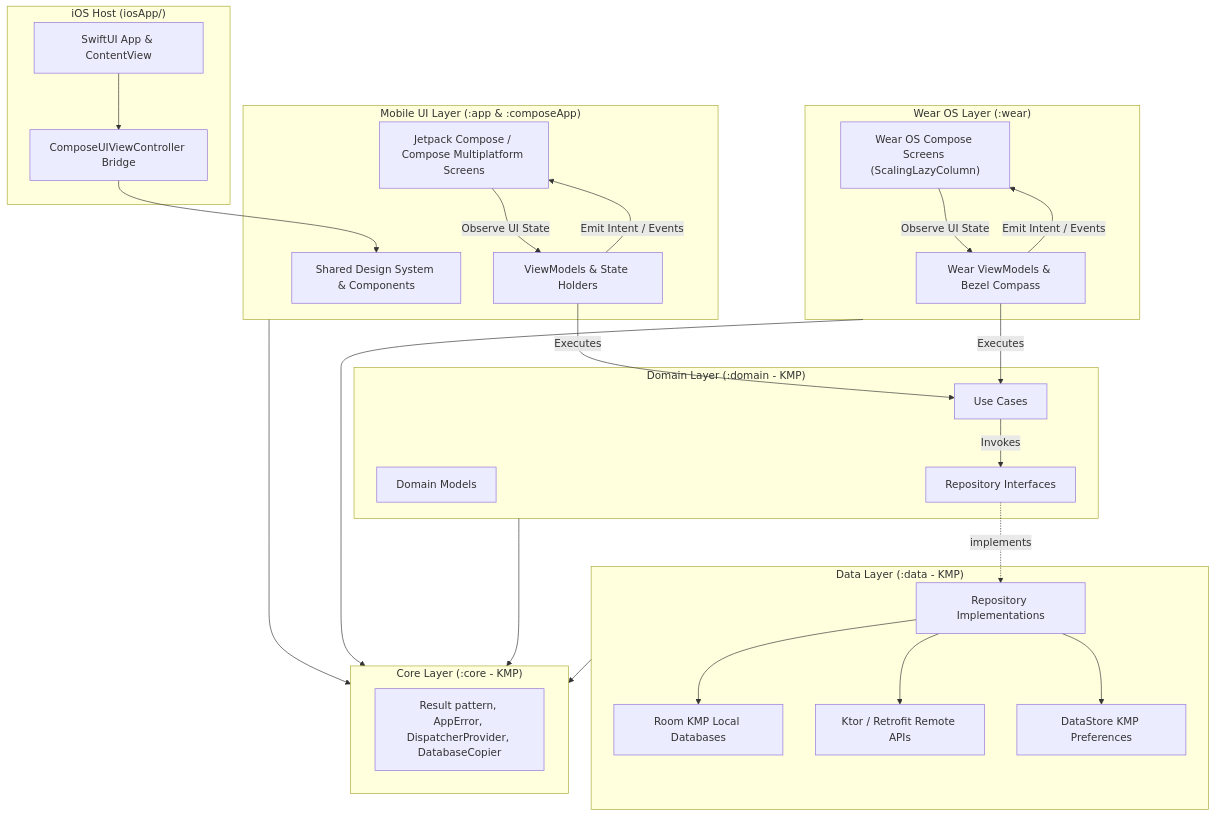
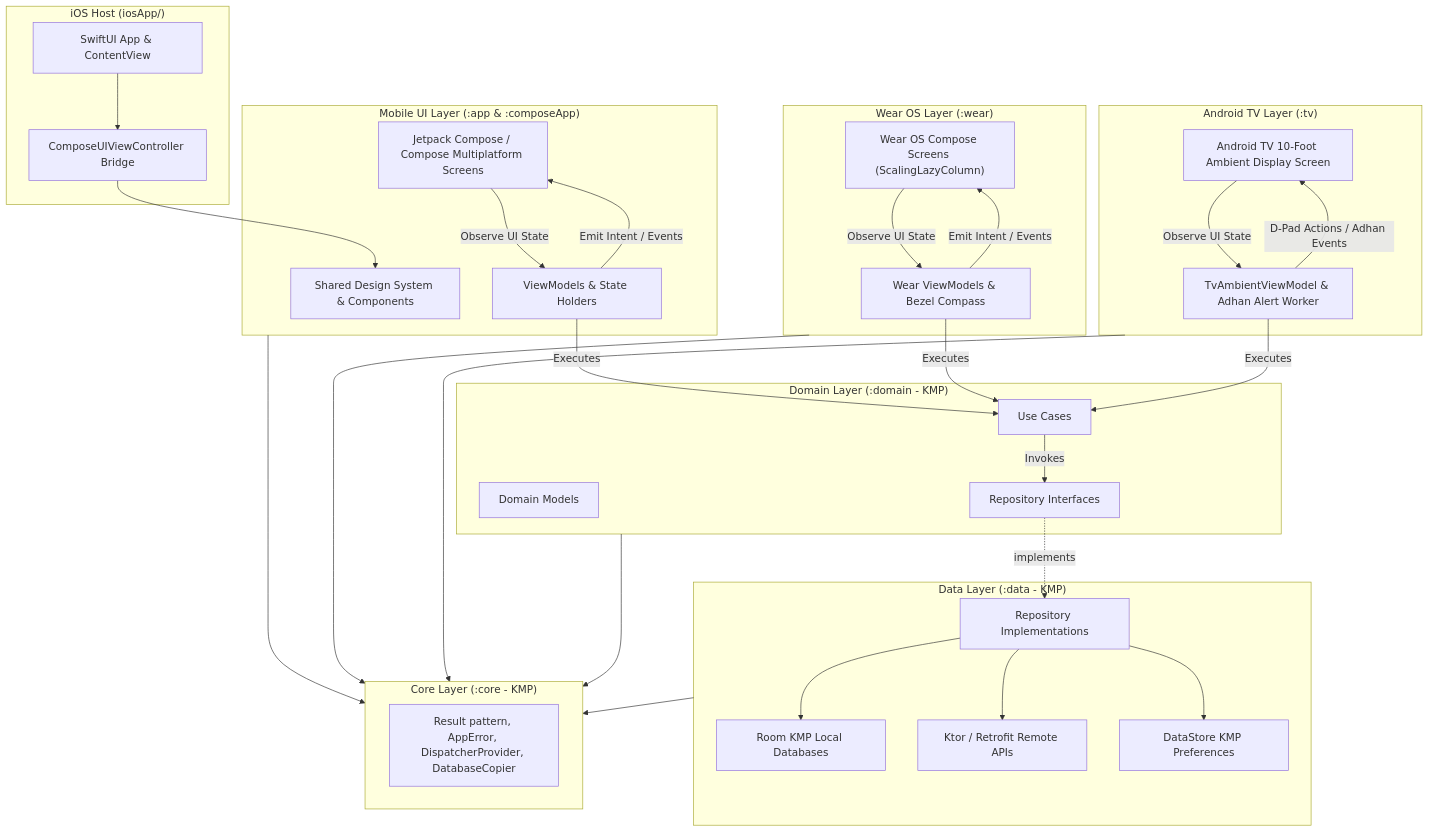
The diagram in README.md (suryamudti/rafiq-android), drawn with Mermaid before and after one commit. The commit also changed other lines of this file and 52 other files, not shown here.

Commit message:
feat(tv): add Android TV Masjid & Home Ambient Display app module

````diff
--- a/README.md
+++ b/README.md
@@ -137,54 +147,63 @@
 ```mermaid
 graph TD
     subgraph UI ["Mobile UI Layer (:app & :composeApp)"]
         UI_Screen["Jetpack Compose / Compose Multiplatform Screens"]
         UI_VM["ViewModels & State Holders"]
         UI_Shared["Shared Design System & Components"]
         UI_Screen -->|"Observe UI State"| UI_VM
         UI_VM -->|"Emit Intent / Events"| UI_Screen
     end
 
     subgraph Wear ["Wear OS Layer (:wear)"]
         Wear_Screen["Wear OS Compose Screens (ScalingLazyColumn)"]
         Wear_VM["Wear ViewModels & Bezel Compass"]
         Wear_Screen -->|"Observe UI State"| Wear_VM
         Wear_VM -->|"Emit Intent / Events"| Wear_Screen
     end
 
+    subgraph TV ["Android TV Layer (:tv)"]
+        TV_Screen["Android TV 10-Foot Ambient Display Screen"]
+        TV_VM["TvAmbientViewModel & Adhan Alert Worker"]
+        TV_Screen -->|"Observe UI State"| TV_VM
+        TV_VM -->|"D-Pad Actions / Adhan Events"| TV_Screen
+    end
+
     subgraph iOS ["iOS Host (iosApp/)"]
         IOS_App["SwiftUI App & ContentView"]
         IOS_VC["ComposeUIViewController Bridge"]
         IOS_App --> IOS_VC
         IOS_VC --> UI_Shared
     end
 
     subgraph Domain ["Domain Layer (:domain - KMP)"]
         Domain_UC["Use Cases"]
         Domain_Model["Domain Models"]
         Domain_Repo["Repository Interfaces"]
         UI_VM -->|"Executes"| Domain_UC
         Wear_VM -->|"Executes"| Domain_UC
+        TV_VM -->|"Executes"| Domain_UC
         Domain_UC -->|"Invokes"| Domain_Repo
     end
 
     subgraph Data ["Data Layer (:data - KMP)"]
         Data_RepoImpl["Repository Implementations"]
         Data_Room["Room KMP Local Databases"]
         Data_Network["Ktor / Retrofit Remote APIs"]
         Data_Store["DataStore KMP Preferences"]
 
         Domain_Repo -.->|"implements"| Data_RepoImpl
         Data_RepoImpl --> Data_Room
         Data_RepoImpl --> Data_Network
         Data_RepoImpl --> Data_Store
     end
 
     subgraph Core ["Core Layer (:core - KMP)"]
         Core_Utils["Result pattern, AppError, DispatcherProvider, DatabaseCopier"]
     end
 
     UI --> Core
     Wear --> Core
+    TV --> Core
     Domain --> Core
     Data --> Core
 ```
````
